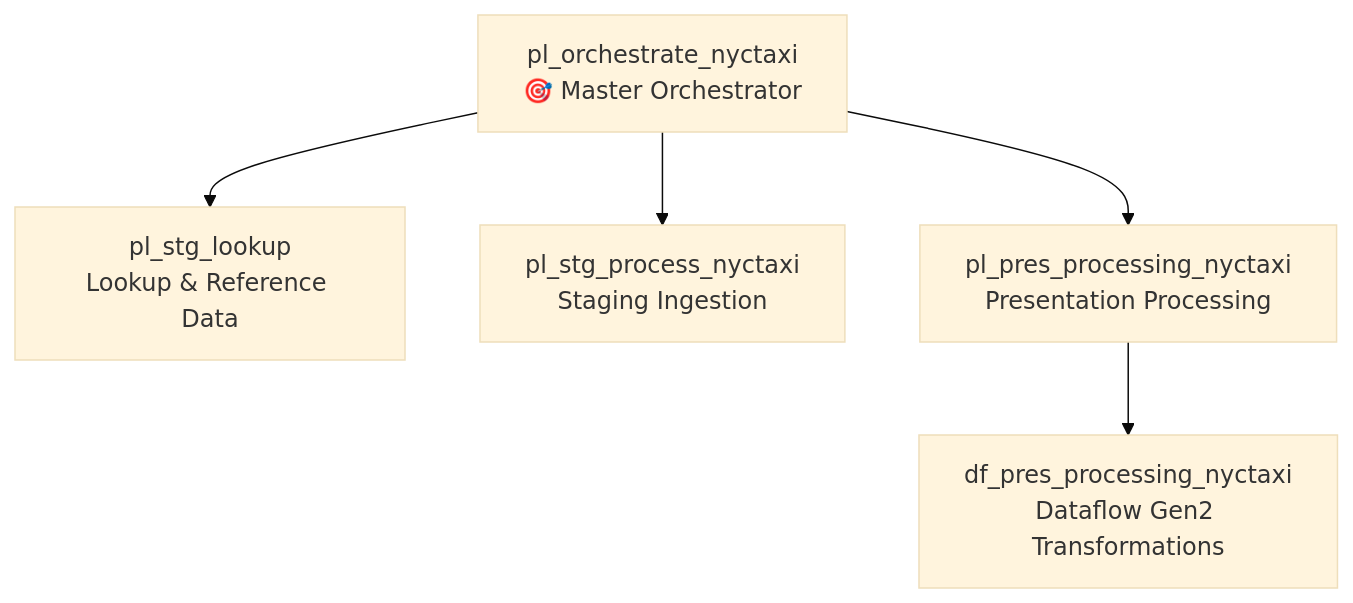
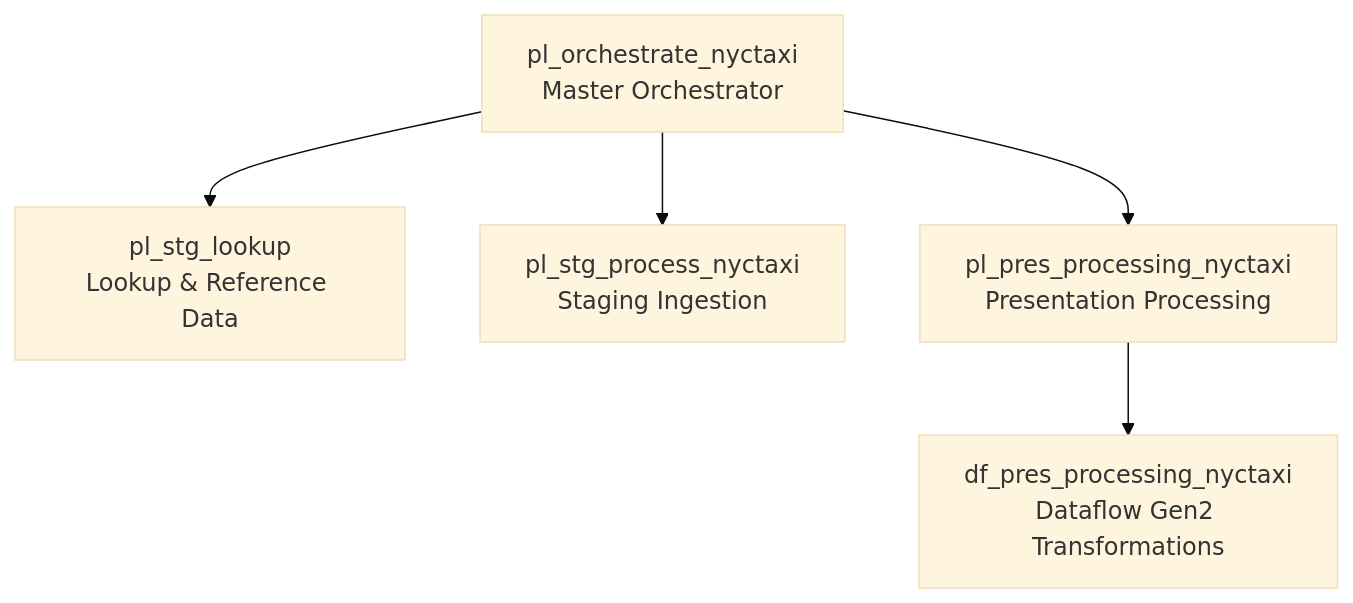
The first of 2 diagrams in README.md (glcapitan/microsoft-fabric-nyc-taxi-analytics), drawn with Mermaid (base theme) before and after one commit. The commit also changed other lines of this file, not shown here.

````diff
--- a/README.md
+++ b/README.md
@@ -51,7 +43,7 @@
 ```mermaid
 flowchart TD
-    M[pl_orchestrate_nyctaxi<br/>🎯 Master Orchestrator] --> P1[pl_stg_lookup<br/>Lookup & Reference Data]
+    M[pl_orchestrate_nyctaxi<br/>Master Orchestrator] --> P1[pl_stg_lookup<br/>Lookup & Reference Data]
     M --> P2[pl_stg_process_nyctaxi<br/>Staging Ingestion]
     M --> P3[pl_pres_processing_nyctaxi<br/>Presentation Processing]
     P3 --> DF[df_pres_processing_nyctaxi<br/>Dataflow Gen2 Transformations]
 ```
````
